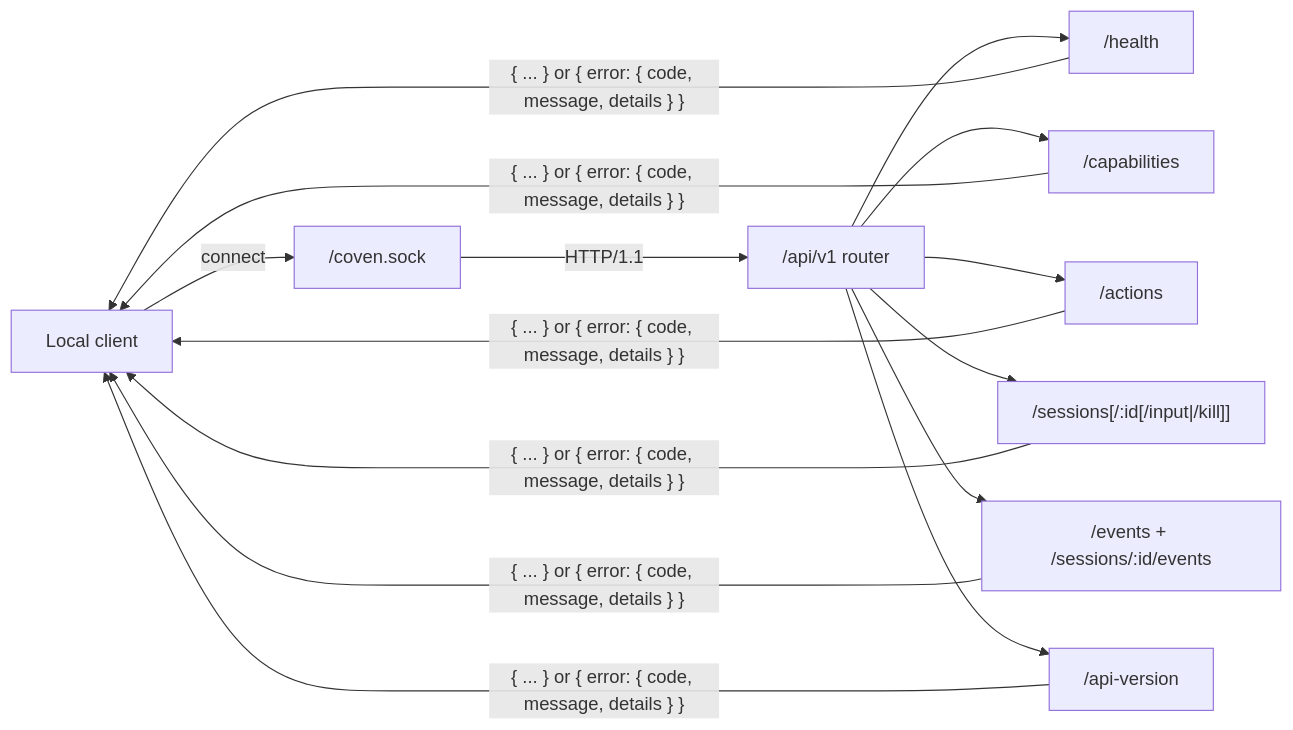
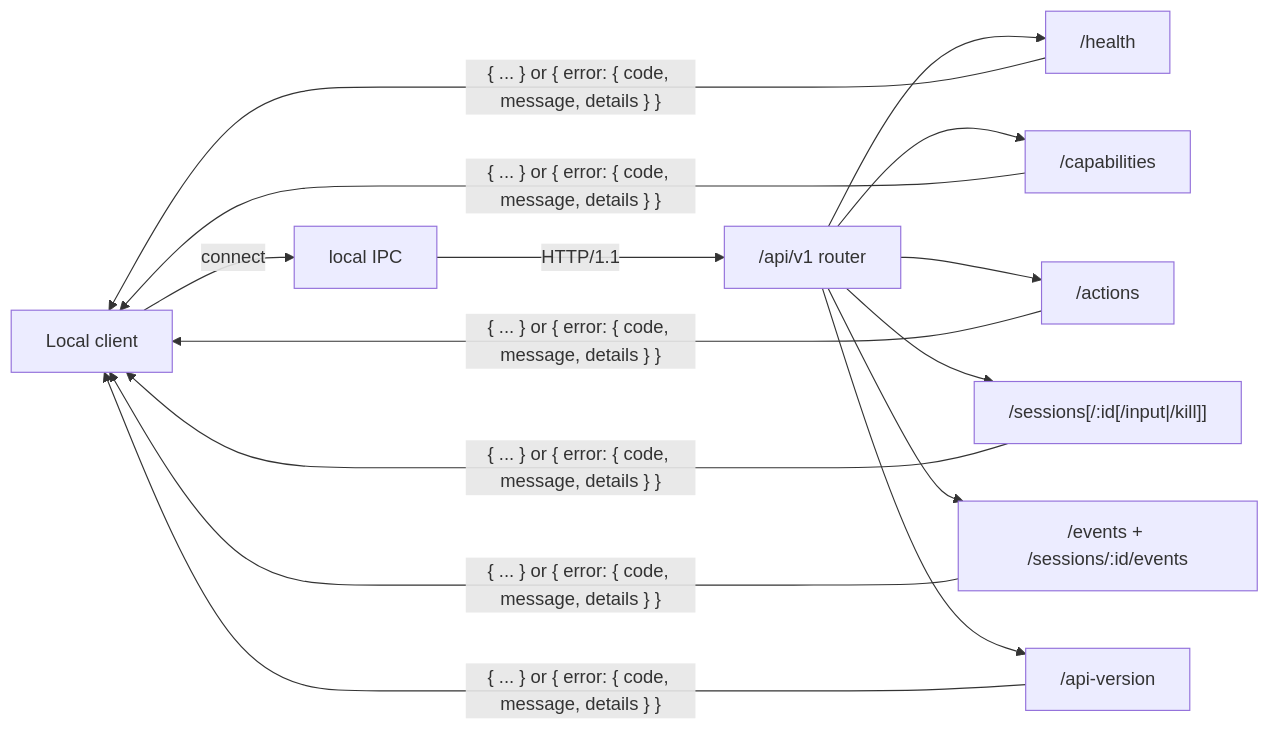
One commit to CompleteDotTech/coven changed the diagram in docs/API.md. Above: the diagram before and after it, drawn with Mermaid. The commit also changed other lines of this file and 60 other files, not shown here.

````diff
--- a/docs/API.md
+++ b/docs/API.md
@@ -16,13 +22,13 @@
 ```mermaid
 flowchart LR
-  Client[Local client] -->|connect| Sock["<covenHome>/coven.sock"]
-  Sock -->|HTTP/1.1| Router["/api/v1 router"]
+  Client[Local client] -->|connect| IPC["local IPC"]
+  IPC -->|HTTP/1.1| Router["/api/v1 router"]
   Router --> Health["/health"]
   Router --> Capabilities["/capabilities"]
   Router --> Actions["/actions"]
   Router --> Sessions["/sessions[/:id[/input|/kill]]"]
   Router --> Events["/events + /sessions/:id/events"]
   Router --> Version["/api-version"]
 
   Health & Capabilities & Actions & Sessions & Events & Version -->|"{ ... } or { error: { code, message, details } }"| Client
 ```
````
